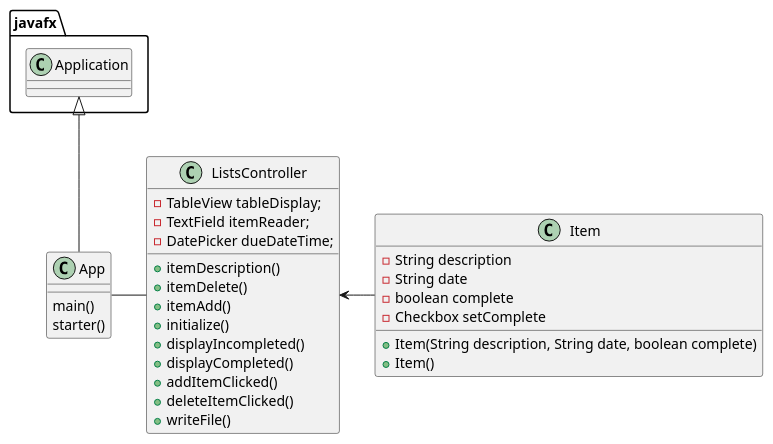
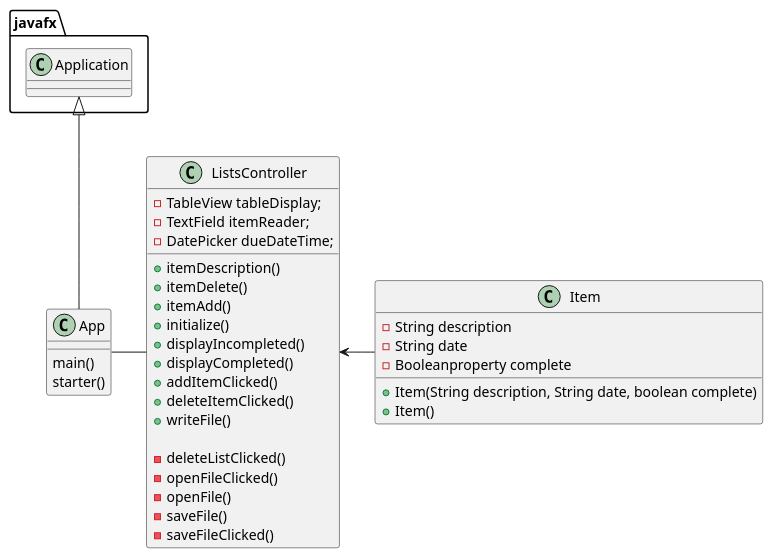
The diagram in uml/layout.puml (Nuridean/mubarak-cop3330-assignment4part2), drawn with PlantUML before and after one commit. The commit also changed 5 other files, not shown here.

```diff
--- a/uml/layout.puml
+++ b/uml/layout.puml
@@ -1,43 +1,49 @@
 @startuml
 'https://plantuml.com/class-diagram
 
 class App {
     main()
     starter()
 }
 class ListsController {
 
      -TableView tableDisplay;
      -TextField itemReader;
      -DatePicker dueDateTime;
 
     +itemDescription()
     +itemDelete()
     +itemAdd()
 
 
     +initialize()
     +displayIncompleted()
     +displayCompleted()
     +addItemClicked()
     +deleteItemClicked()
     +writeFile()
 
+    -deleteListClicked()
+    -openFileClicked()
+    -openFile()
+    -saveFile()
+    -saveFileClicked()
+
 
 
 
 
 }
 class Item {
     -String description
     -String date
-    -boolean complete
-    -Checkbox setComplete
+    -Booleanproperty complete
+
 
     +Item(String description, String date, boolean complete)
     +Item()
 }
 javafx.Application <|-- App
 ListsController <-Item
 App - ListsController
 @enduml
```
